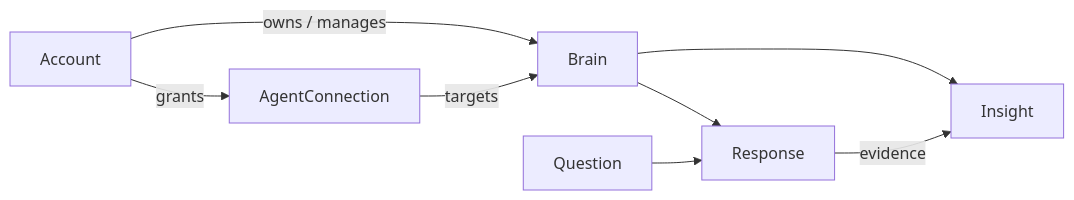
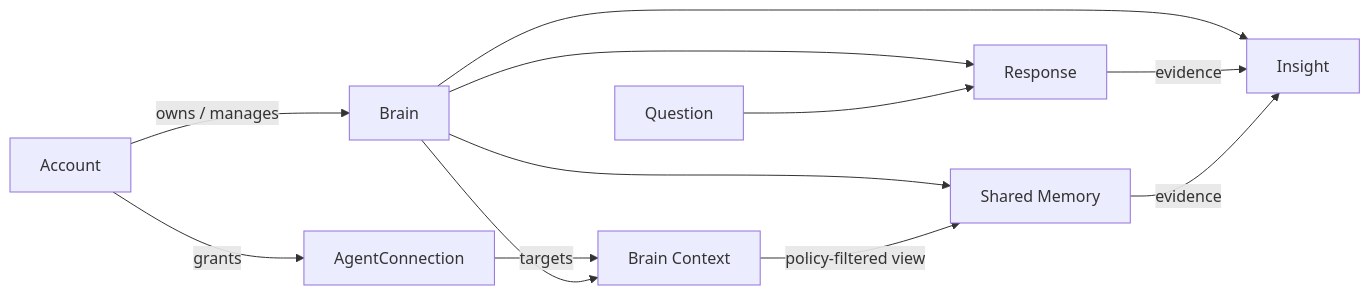
One commit to kkyosuke/me-builder changed the second of 2 diagrams in docs/domain-design.md. Above: the diagram before and after it, drawn with Mermaid. The commit also changed other lines of this file and 2 other files, not shown here.

Commit message:
docs: design context-aware brain memory

````diff
--- a/docs/domain-design.md
+++ b/docs/domain-design.md
@@ -309,10 +369,14 @@
 ```mermaid
 flowchart LR
     A[Account] -->|owns / manages| B[Brain]
     A -->|grants| C[AgentConnection]
-    C -->|targets| B
+    C -->|targets| BC[Brain Context]
+    B --> BC
+    B --> M[Shared Memory]
+    BC -->|policy-filtered view| M
     B --> R[Response]
     B --> I[Insight]
     Q[Question] --> R
     R -->|evidence| I
+    M -->|evidence| I
 ```
````
